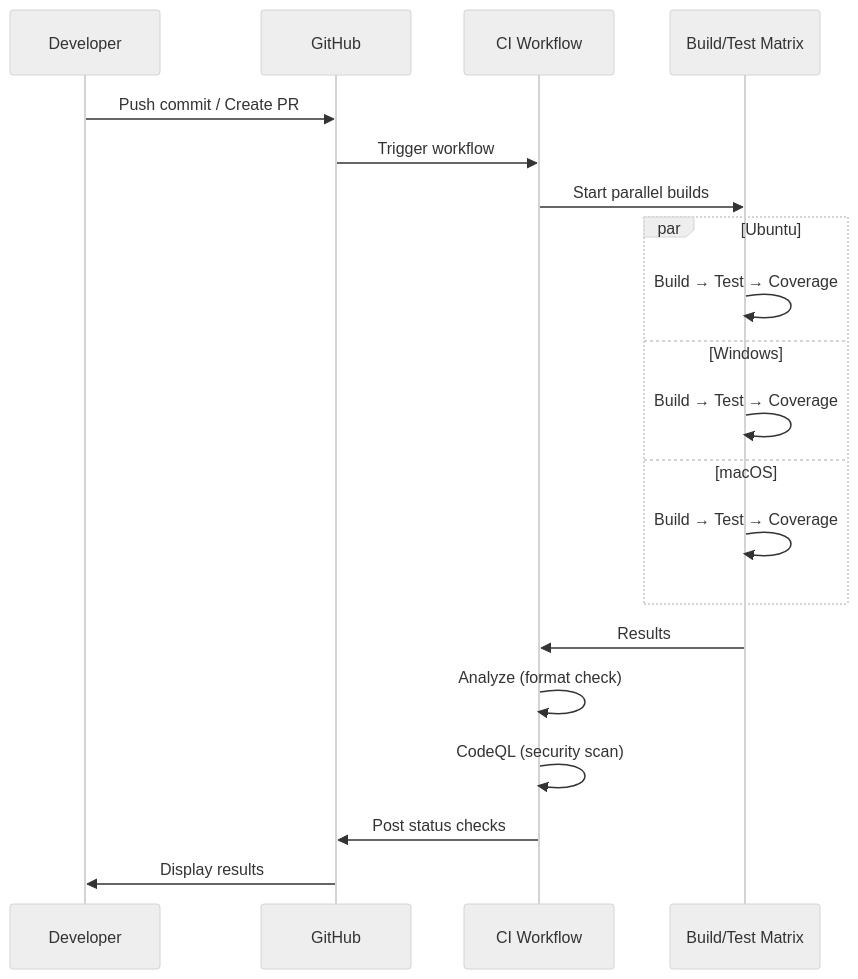
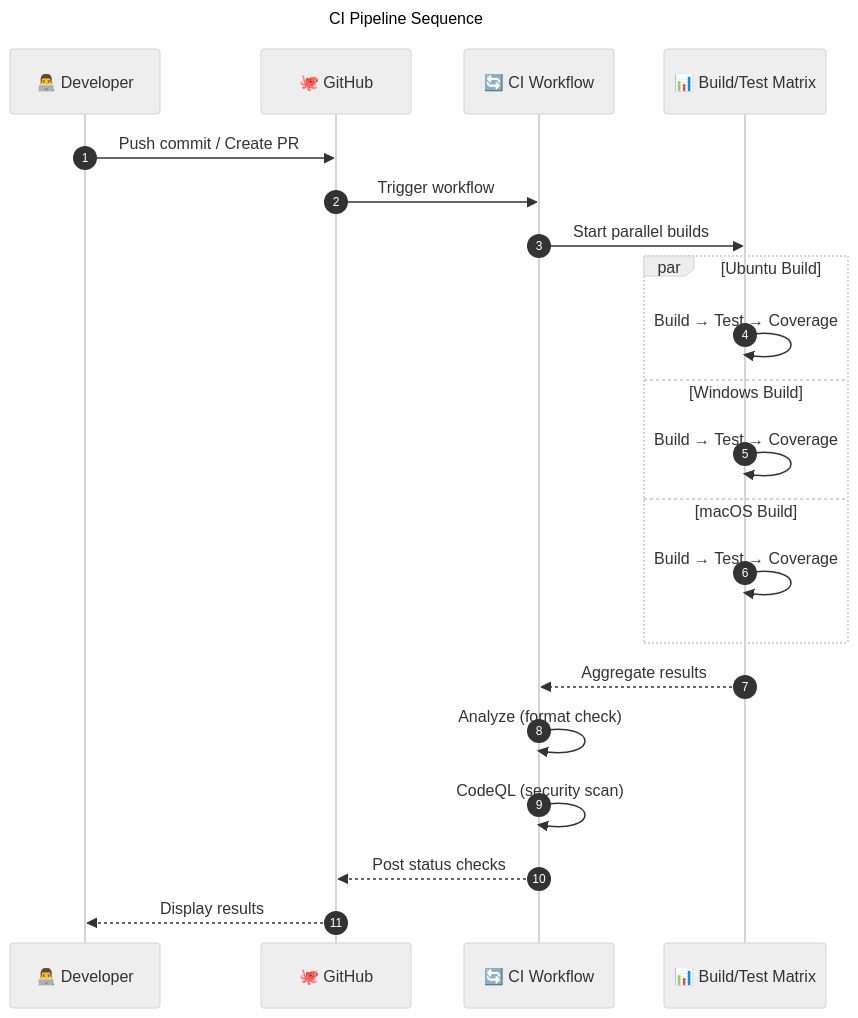
Before and after one commit to Evilazaro/Azure-LogicApps-Monitoring: the second of 3 diagrams in docs/devops/README.md, drawn with Mermaid (neutral theme). The commit also changed other lines of this file and 1 other file, not shown here.

Commit message:
refactor: Improve CI/CD pipeline diagrams with enhanced clarity and structure

````diff
--- a/docs/devops/README.md
+++ b/docs/devops/README.md
@@ -254,25 +275,32 @@
 ```mermaid
+---
+title: CI Pipeline Sequence
+---
 sequenceDiagram
-    participant Dev as Developer
-    participant GH as GitHub
-    participant CI as CI Workflow
-    participant Matrix as Build/Test Matrix
+    autonumber
+    participant Dev as 👨‍💻 Developer
+    participant GH as 🐙 GitHub
+    participant CI as 🔄 CI Workflow
+    participant Matrix as 📊 Build/Test Matrix
 
+    %% ===== TRIGGER PHASE =====
     Dev->>GH: Push commit / Create PR
     GH->>CI: Trigger workflow
     CI->>Matrix: Start parallel builds
 
-    par Ubuntu
+    %% ===== MATRIX EXECUTION =====
+    par Ubuntu Build
         Matrix->>Matrix: Build → Test → Coverage
-    and Windows
+    and Windows Build
         Matrix->>Matrix: Build → Test → Coverage
-    and macOS
+    and macOS Build
         Matrix->>Matrix: Build → Test → Coverage
     end
 
-    Matrix->>CI: Results
+    %% ===== RESULTS PHASE =====
+    Matrix-->>CI: Aggregate results
     CI->>CI: Analyze (format check)
     CI->>CI: CodeQL (security scan)
-    CI->>GH: Post status checks
-    GH->>Dev: Display results
+    CI-->>GH: Post status checks
+    GH-->>Dev: Display results
 ```
````
